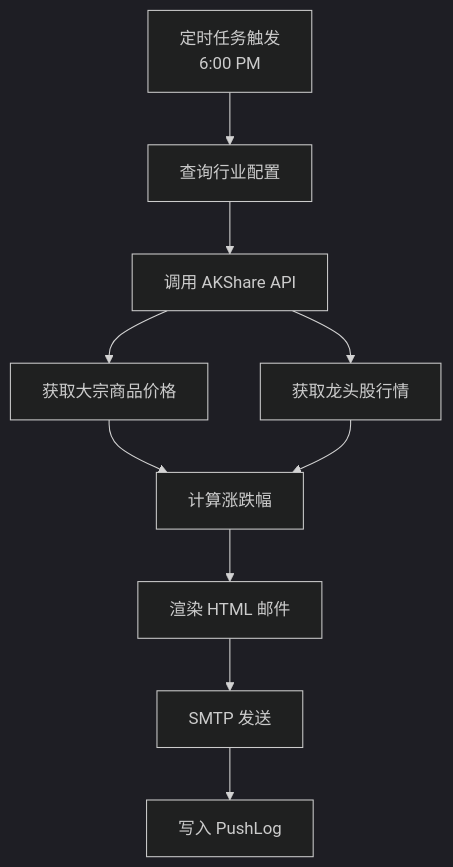
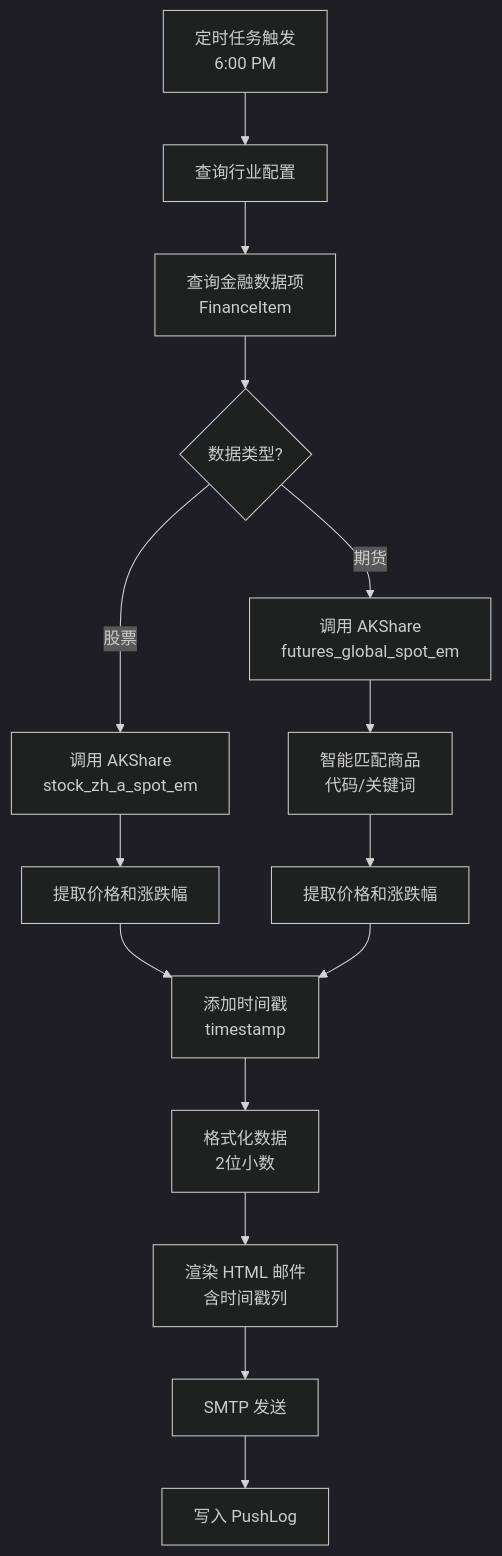
The third of 5 diagrams in ARCHITECTURE.md (Chengjike/industry-news-bot), drawn with Mermaid (dark theme) before and after one commit. The commit also changed other lines of this file and 6 other files, not shown here.

````diff
--- a/ARCHITECTURE.md
+++ b/ARCHITECTURE.md
@@ -76,12 +76,17 @@
 ```mermaid
 graph TD
     A[定时任务触发<br/>6:00 PM] --> B[查询行业配置]
-    B --> C[调用 AKShare API]
-    C --> D[获取大宗商品价格]
-    C --> E[获取龙头股行情]
-    D --> F[计算涨跌幅]
-    E --> F
-    F --> G[渲染 HTML 邮件]
-    G --> H[SMTP 发送]
-    H --> I[写入 PushLog]
+    B --> C[查询金融数据项<br/>FinanceItem]
+    C --> D{数据类型?}
+    D -->|股票| E[调用 AKShare<br/>stock_zh_a_spot_em]
+    D -->|期货| F[调用 AKShare<br/>futures_global_spot_em]
+    E --> G[提取价格和涨跌幅]
+    F --> H[智能匹配商品<br/>代码/关键词]
+    H --> I[提取价格和涨跌幅]
+    G --> J[添加时间戳<br/>timestamp]
+    I --> J
+    J --> K[格式化数据<br/>2位小数]
+    K --> L[渲染 HTML 邮件<br/>含时间戳列]
+    L --> M[SMTP 发送]
+    M --> N[写入 PushLog]
 ```
````
